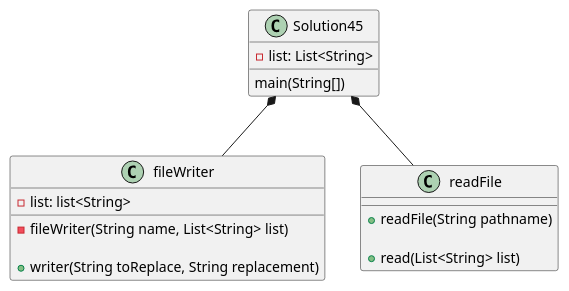
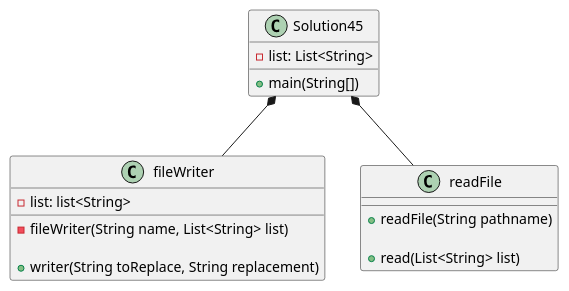
One commit to cachemoney-3000/samontanez-a04 changed the diagram in exercise45/docs/Solution45_ClassDiagram.puml. Above: the diagram before and after it, drawn with PlantUML. The commit also changed 17 other files, not shown here.

```diff
--- a/exercise45/docs/Solution45_ClassDiagram.puml
+++ b/exercise45/docs/Solution45_ClassDiagram.puml
@@ -1,51 +1,51 @@
 @startuml
 class Solution45 {
     'attribute
     -list: List<String>
 
-    main(String[])
+    +main(String[])
         'prompt for the output file
         'call the readFile object
         'store the scanned lines into the list
 
         'call the fileWriter object
         'prints out the output into a file
         'display the output that was written into the file
 }
 
 class fileWriter {
     'call the fileWriter object
     'attributes:
     -list: list<String>
     'constructor
     -fileWriter(String name, List<String> list)
 
     +writer(String toReplace, String replacement)
         'StringBuilder object
         '(for-loop) iterates through the list
             'replace the words
             'store the output into a string builder
             'prints out the output into a file
 
         'close the fileWriter method
         'return the string builder
 }
 
 class readFile{
     'scanner object
     'constructor
     +readFile(String pathname)
 
     +read(List<String> list)
     'try scanning the lines
         'store the scanned lines into the list
     'catch all the exception and prints it
     'close the scanner
 
     'return the array list
 }
 
 
 Solution45 *-- readFile
 Solution45 *-- fileWriter
 @enduml
```
